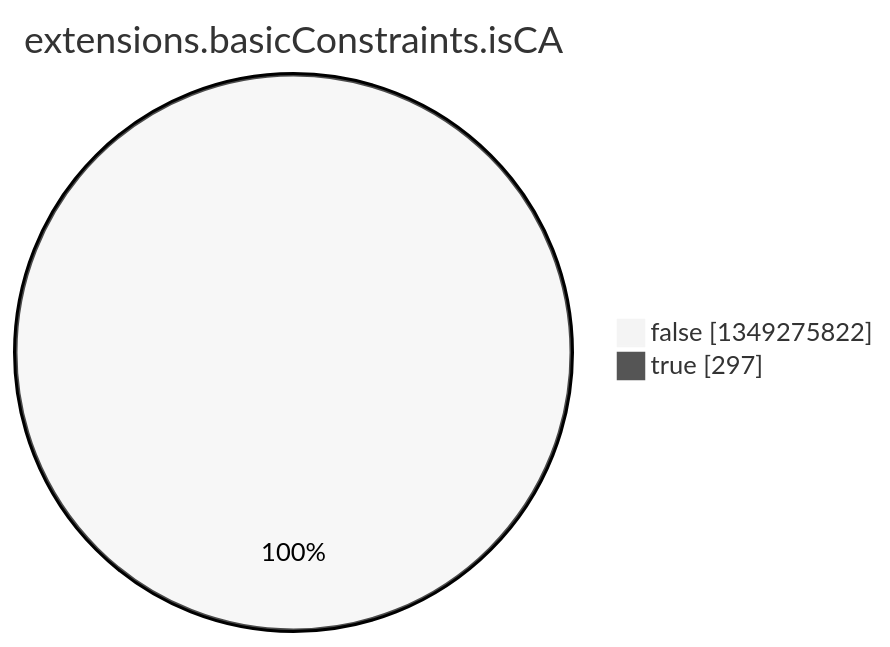
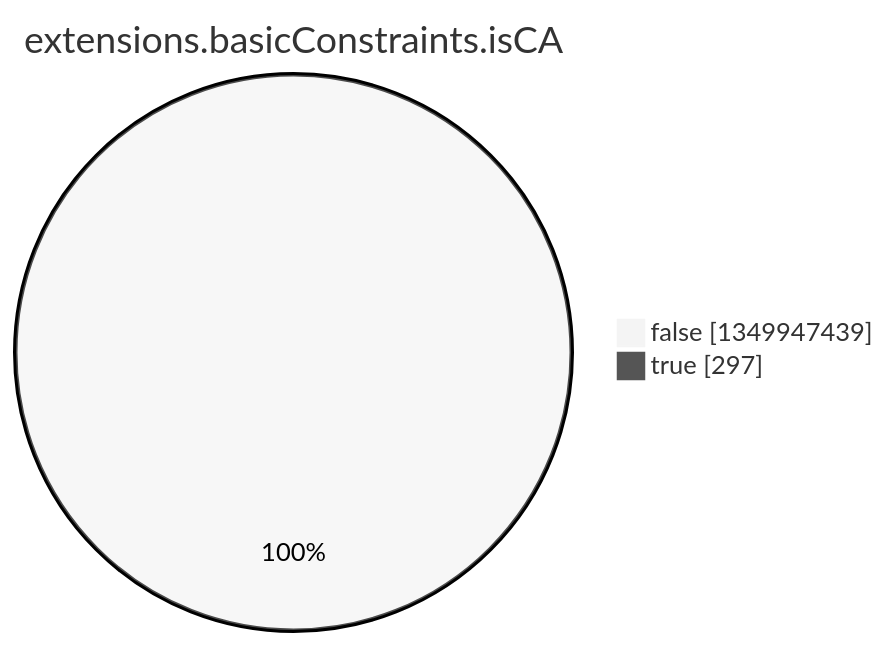
One commit to christiankrug/ctmonitor_visualization changed the eighth of 15 diagrams in argon2022/README.md. Above: the diagram before and after it, drawn with Mermaid (neutral theme). The commit also changed other lines of this file, not shown here.

````diff
--- a/argon2022/README.md
+++ b/argon2022/README.md
@@ -2758,6 +2758,6 @@
 ```mermaid
 pie showData
 title extensions.basicConstraints.isCA
-"false" :1349275822
+"false" :1349947439
 "true" :297
 ```
````
